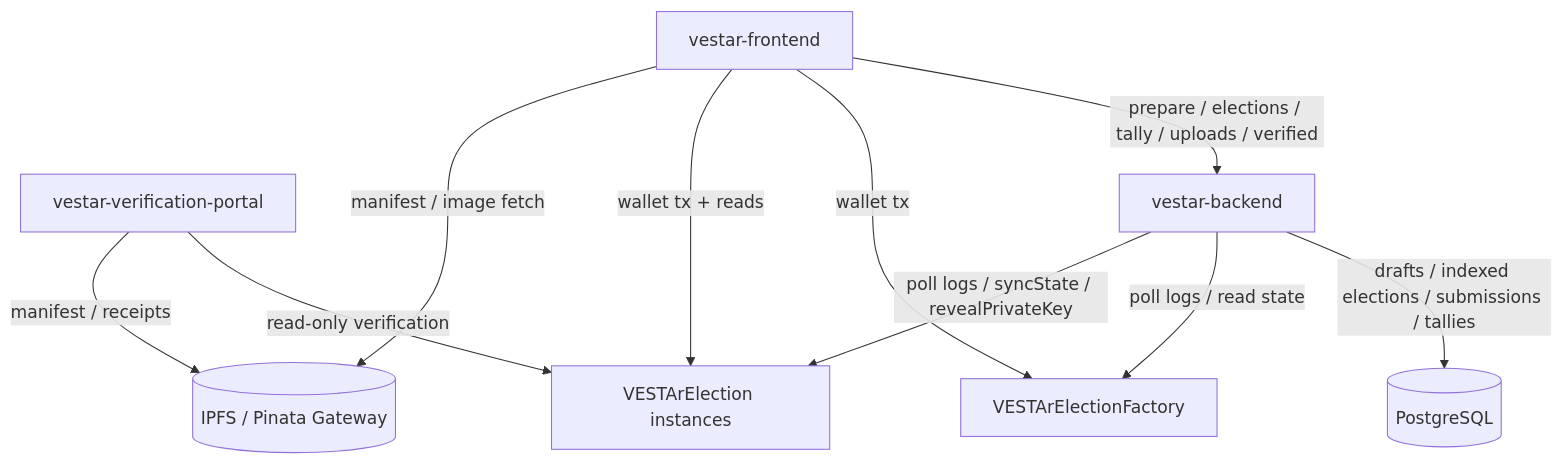
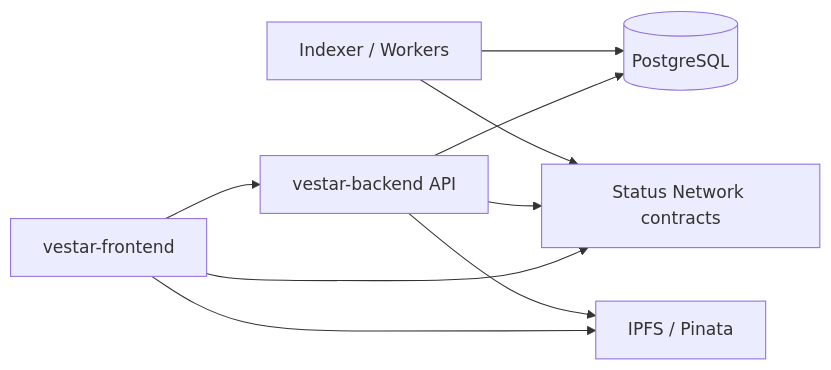
The first of 2 diagrams in README.md (VESTAr-BAY/vestar-backend), drawn with Mermaid before and after one commit. The commit also changed other lines of this file and 15 other files, not shown here.

Commit message:
docs(readme): simplify backend README and highlight core flows

````diff
--- a/README.md
+++ b/README.md
@@ -28,22 +63,11 @@
 ```mermaid
-flowchart TB
-  FE[vestar-frontend]
-  PORTAL[vestar-verification-portal]
-  BE[vestar-backend]
-  DB[(PostgreSQL)]
-  IPFS[(IPFS / Pinata Gateway)]
-  FACTORY[VESTArElectionFactory]
-  ELECTION[VESTArElection instances]
-
-  FE -->|prepare / elections / tally / uploads / verified| BE
-  FE -->|wallet tx| FACTORY
-  FE -->|wallet tx + reads| ELECTION
-  FE -->|manifest / image fetch| IPFS
-
-  BE -->|drafts / indexed elections / submissions / tallies| DB
-  BE -->|poll logs / read state| FACTORY
-  BE -->|poll logs / syncState / revealPrivateKey| ELECTION
-
-  PORTAL -->|read-only verification| ELECTION
-  PORTAL -->|manifest / receipts| IPFS
+flowchart LR
+  FE[vestar-frontend] --> API[vestar-backend API]
+  FE --> Chain[Status Network contracts]
+  API --> DB[(PostgreSQL)]
+  API --> Chain
+  Worker[Indexer / Workers] --> Chain
+  Worker --> DB
+  FE --> IPFS[IPFS / Pinata]
+  API --> IPFS
 ```
````
